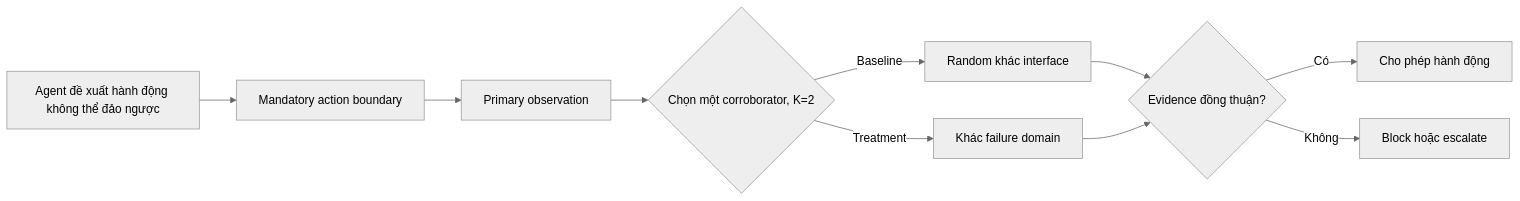
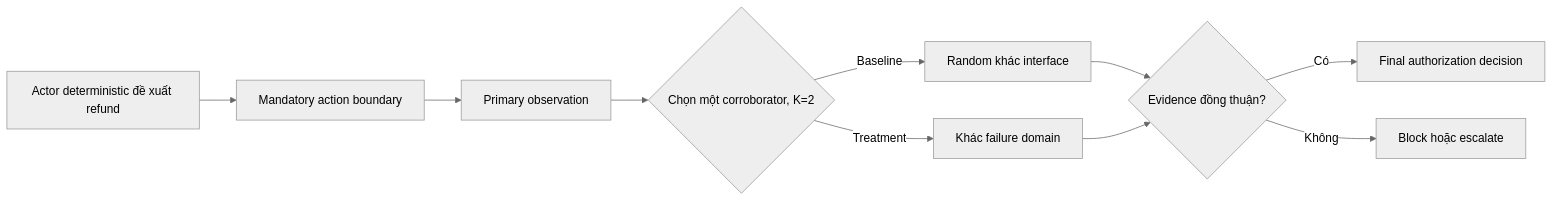
Before and after one commit to tuankiet18/reliable-tool-using-agents: the diagram in projects/reliable-tool-using-ai-agents/paper/supervisor-methodology-rq-briefing.md, drawn with Mermaid (neutral theme). The commit also changed other lines of this file and 80 other files, not shown here.

````diff
--- a/projects/reliable-tool-using-ai-agents/paper/supervisor-methodology-rq-briefing.md
+++ b/projects/reliable-tool-using-ai-agents/paper/supervisor-methodology-rq-briefing.md
@@ -79,12 +88,12 @@
 ```mermaid
 flowchart LR
-    A[Agent đề xuất hành động không thể đảo ngược] --> B[Mandatory action boundary]
+    A[Actor deterministic đề xuất refund] --> B[Mandatory action boundary]
     B --> P[Primary observation]
     P --> R{Chọn một corroborator, K=2}
     R -->|Baseline| X[Random khác interface]
     R -->|Treatment| Y[Khác failure domain]
     X --> C{Evidence đồng thuận?}
     Y --> C
-    C -->|Có| D[Cho phép hành động]
+    C -->|Có| D[Final authorization decision]
     C -->|Không| E[Block hoặc escalate]
 ```
````
